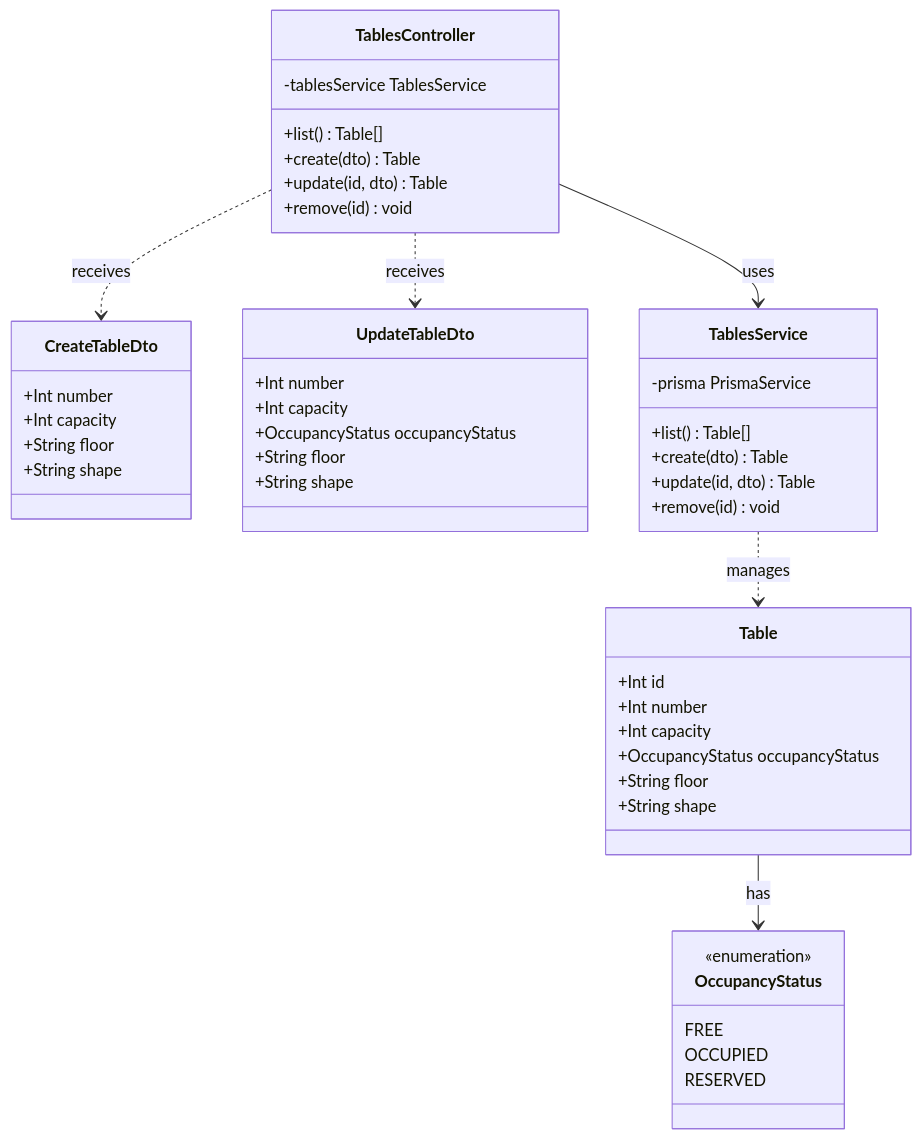
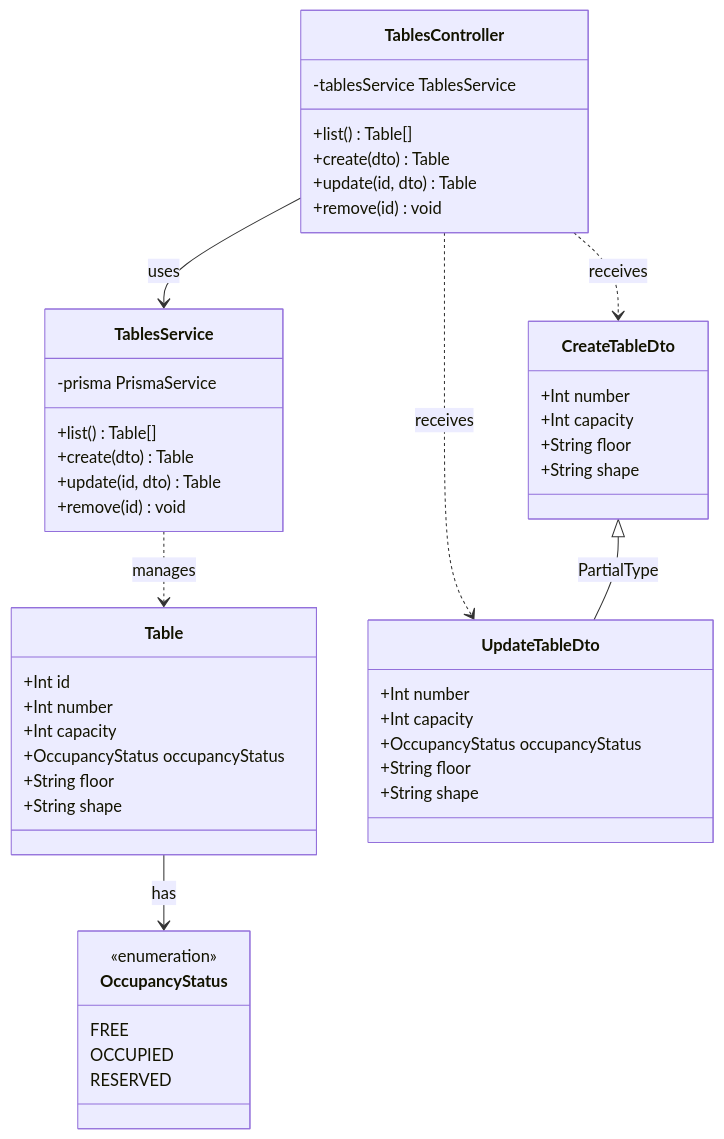
The fifth of 17 diagrams in docs/class-diagrams.md (callmehai/Cafe-Shop-Management-System), drawn with Mermaid before and after one commit. The commit also changed other lines of this file, not shown here.

First line of the commit message:
docs: fix class diagram relationship arrow types

````diff
--- a/docs/class-diagrams.md
+++ b/docs/class-diagrams.md
@@ -286,55 +299,56 @@
 ```mermaid
 classDiagram
     class OccupancyStatus {
         <<enumeration>>
         FREE
         OCCUPIED
         RESERVED
     }
 
     class Table {
         +Int id
         +Int number
         +Int capacity
         +OccupancyStatus occupancyStatus
         +String floor
         +String shape
     }
 
     class CreateTableDto {
         +Int number
         +Int capacity
         +String floor
         +String shape
     }
 
     class UpdateTableDto {
         +Int number
         +Int capacity
         +OccupancyStatus occupancyStatus
         +String floor
         +String shape
     }
 
     class TablesService {
         -prisma PrismaService
         +list() Table[]
         +create(dto) Table
         +update(id, dto) Table
         +remove(id) void
     }
 
     class TablesController {
         -tablesService TablesService
         +list() Table[]
         +create(dto) Table
         +update(id, dto) Table
         +remove(id) void
     }
 
     Table --> OccupancyStatus : has
     TablesController --> TablesService : uses
     TablesService ..> Table : manages
     TablesController ..> CreateTableDto : receives
     TablesController ..> UpdateTableDto : receives
+    CreateTableDto <|-- UpdateTableDto : PartialType
 ```
````
